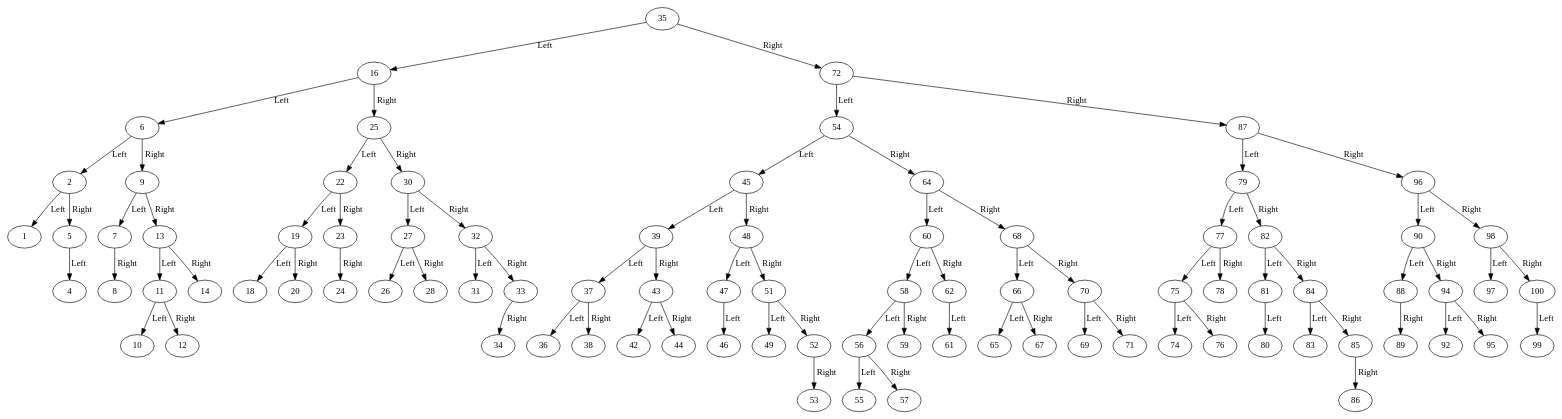
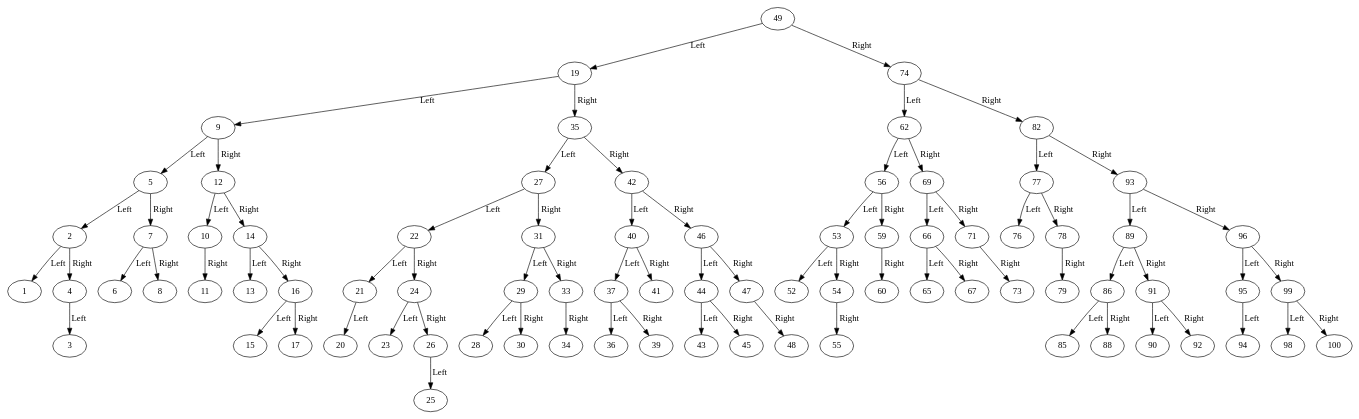
One commit to stephgrotewold/Parcial2ED changed the diagram in AVL-TREE.gv. Above: the diagram before and after it, drawn with Graphviz. The commit also changed 5 other files, not shown here.

```diff
--- a/AVL-TREE.gv
+++ b/AVL-TREE.gv
@@ -1,178 +1,162 @@
 // AVL Tree
 digraph {
-	35 [label=35]
-	35 -> 16 [label=Left]
-	16 [label=16]
-	16 -> 6 [label=Left]
-	6 [label=6]
-	6 -> 2 [label=Left]
+	49 [label=49]
+	49 -> 19 [label=Left]
+	19 [label=19]
+	19 -> 9 [label=Left]
+	9 [label=9]
+	9 -> 5 [label=Left]
+	5 [label=5]
+	5 -> 2 [label=Left]
 	2 [label=2]
 	2 -> 1 [label=Left]
 	1 [label=1]
-	2 -> 5 [label=Right]
-	5 [label=5]
-	5 -> 4 [label=Left]
+	2 -> 4 [label=Right]
 	4 [label=4]
-	6 -> 9 [label=Right]
-	9 [label=9]
-	9 -> 7 [label=Left]
+	4 -> 3 [label=Left]
+	3 [label=3]
+	5 -> 7 [label=Right]
 	7 [label=7]
+	7 -> 6 [label=Left]
+	6 [label=6]
 	7 -> 8 [label=Right]
 	8 [label=8]
-	9 -> 13 [label=Right]
+	9 -> 12 [label=Right]
+	12 [label=12]
+	12 -> 10 [label=Left]
+	10 [label=10]
+	10 -> 11 [label=Right]
+	11 [label=11]
+	12 -> 14 [label=Right]
+	14 [label=14]
+	14 -> 13 [label=Left]
 	13 [label=13]
-	13 -> 11 [label=Left]
-	11 [label=11]
-	11 -> 10 [label=Left]
-	10 [label=10]
-	11 -> 12 [label=Right]
-	12 [label=12]
-	13 -> 14 [label=Right]
-	14 [label=14]
-	16 -> 25 [label=Right]
+	14 -> 16 [label=Right]
+	16 [label=16]
+	16 -> 15 [label=Left]
+	15 [label=15]
+	16 -> 17 [label=Right]
+	17 [label=17]
+	19 -> 35 [label=Right]
+	35 [label=35]
+	35 -> 27 [label=Left]
+	27 [label=27]
+	27 -> 22 [label=Left]
+	22 [label=22]
+	22 -> 21 [label=Left]
+	21 [label=21]
+	21 -> 20 [label=Left]
+	20 [label=20]
+	22 -> 24 [label=Right]
+	24 [label=24]
+	24 -> 23 [label=Left]
+	23 [label=23]
+	24 -> 26 [label=Right]
+	26 [label=26]
+	26 -> 25 [label=Left]
 	25 [label=25]
-	25 -> 22 [label=Left]
-	22 [label=22]
-	22 -> 19 [label=Left]
-	19 [label=19]
-	19 -> 18 [label=Left]
-	18 [label=18]
-	19 -> 20 [label=Right]
-	20 [label=20]
-	22 -> 23 [label=Right]
-	23 [label=23]
-	23 -> 24 [label=Right]
-	24 [label=24]
-	25 -> 30 [label=Right]
+	27 -> 31 [label=Right]
+	31 [label=31]
+	31 -> 29 [label=Left]
+	29 [label=29]
+	29 -> 28 [label=Left]
+	28 [label=28]
+	29 -> 30 [label=Right]
 	30 [label=30]
-	30 -> 27 [label=Left]
-	27 [label=27]
-	27 -> 26 [label=Left]
-	26 [label=26]
-	27 -> 28 [label=Right]
-	28 [label=28]
-	30 -> 32 [label=Right]
-	32 [label=32]
-	32 -> 31 [label=Left]
-	31 [label=31]
-	32 -> 33 [label=Right]
+	31 -> 33 [label=Right]
 	33 [label=33]
 	33 -> 34 [label=Right]
 	34 [label=34]
-	35 -> 72 [label=Right]
-	72 [label=72]
-	72 -> 54 [label=Left]
-	54 [label=54]
-	54 -> 45 [label=Left]
-	45 [label=45]
-	45 -> 39 [label=Left]
-	39 [label=39]
-	39 -> 37 [label=Left]
+	35 -> 42 [label=Right]
+	42 [label=42]
+	42 -> 40 [label=Left]
+	40 [label=40]
+	40 -> 37 [label=Left]
 	37 [label=37]
 	37 -> 36 [label=Left]
 	36 [label=36]
-	37 -> 38 [label=Right]
-	38 [label=38]
-	39 -> 43 [label=Right]
+	37 -> 39 [label=Right]
+	39 [label=39]
+	40 -> 41 [label=Right]
+	41 [label=41]
+	42 -> 46 [label=Right]
+	46 [label=46]
+	46 -> 44 [label=Left]
+	44 [label=44]
+	44 -> 43 [label=Left]
 	43 [label=43]
-	43 -> 42 [label=Left]
-	42 [label=42]
-	43 -> 44 [label=Right]
-	44 [label=44]
-	45 -> 48 [label=Right]
+	44 -> 45 [label=Right]
+	45 [label=45]
+	46 -> 47 [label=Right]
+	47 [label=47]
+	47 -> 48 [label=Right]
 	48 [label=48]
-	48 -> 47 [label=Left]
-	47 [label=47]
-	47 -> 46 [label=Left]
-	46 [label=46]
-	48 -> 51 [label=Right]
-	51 [label=51]
-	51 -> 49 [label=Left]
-	49 [label=49]
-	51 -> 52 [label=Right]
+	49 -> 74 [label=Right]
+	74 [label=74]
+	74 -> 62 [label=Left]
+	62 [label=62]
+	62 -> 56 [label=Left]
+	56 [label=56]
+	56 -> 53 [label=Left]
+	53 [label=53]
+	53 -> 52 [label=Left]
 	52 [label=52]
-	52 -> 53 [label=Right]
-	53 [label=53]
-	54 -> 64 [label=Right]
-	64 [label=64]
-	64 -> 60 [label=Left]
+	53 -> 54 [label=Right]
+	54 [label=54]
+	54 -> 55 [label=Right]
+	55 [label=55]
+	56 -> 59 [label=Right]
+	59 [label=59]
+	59 -> 60 [label=Right]
 	60 [label=60]
-	60 -> 58 [label=Left]
-	58 [label=58]
-	58 -> 56 [label=Left]
-	56 [label=56]
-	56 -> 55 [label=Left]
-	55 [label=55]
-	56 -> 57 [label=Right]
-	57 [label=57]
-	58 -> 59 [label=Right]
-	59 [label=59]
-	60 -> 62 [label=Right]
-	62 [label=62]
-	62 -> 61 [label=Left]
-	61 [label=61]
-	64 -> 68 [label=Right]
-	68 [label=68]
-	68 -> 66 [label=Left]
+	62 -> 69 [label=Right]
+	69 [label=69]
+	69 -> 66 [label=Left]
 	66 [label=66]
 	66 -> 65 [label=Left]
 	65 [label=65]
 	66 -> 67 [label=Right]
 	67 [label=67]
-	68 -> 70 [label=Right]
-	70 [label=70]
-	70 -> 69 [label=Left]
-	69 [label=69]
-	70 -> 71 [label=Right]
+	69 -> 71 [label=Right]
 	71 [label=71]
-	72 -> 87 [label=Right]
-	87 [label=87]
-	87 -> 79 [label=Left]
-	79 [label=79]
-	79 -> 77 [label=Left]
+	71 -> 73 [label=Right]
+	73 [label=73]
+	74 -> 82 [label=Right]
+	82 [label=82]
+	82 -> 77 [label=Left]
 	77 [label=77]
-	77 -> 75 [label=Left]
-	75 [label=75]
-	75 -> 74 [label=Left]
-	74 [label=74]
-	75 -> 76 [label=Right]
+	77 -> 76 [label=Left]
 	76 [label=76]
 	77 -> 78 [label=Right]
 	78 [label=78]
-	79 -> 82 [label=Right]
-	82 [label=82]
-	82 -> 81 [label=Left]
-	81 [label=81]
-	81 -> 80 [label=Left]
-	80 [label=80]
-	82 -> 84 [label=Right]
-	84 [label=84]
-	84 -> 83 [label=Left]
-	83 [label=83]
-	84 -> 85 [label=Right]
+	78 -> 79 [label=Right]
+	79 [label=79]
+	82 -> 93 [label=Right]
+	93 [label=93]
+	93 -> 89 [label=Left]
+	89 [label=89]
+	89 -> 86 [label=Left]
+	86 [label=86]
+	86 -> 85 [label=Left]
 	85 [label=85]
-	85 -> 86 [label=Right]
-	86 [label=86]
-	87 -> 96 [label=Right]
+	86 -> 88 [label=Right]
+	88 [label=88]
+	89 -> 91 [label=Right]
+	91 [label=91]
+	91 -> 90 [label=Left]
+	90 [label=90]
+	91 -> 92 [label=Right]
+	92 [label=92]
+	93 -> 96 [label=Right]
 	96 [label=96]
-	96 -> 90 [label=Left]
-	90 [label=90]
-	90 -> 88 [label=Left]
-	88 [label=88]
-	88 -> 89 [label=Right]
-	89 [label=89]
-	90 -> 94 [label=Right]
+	96 -> 95 [label=Left]
+	95 [label=95]
+	95 -> 94 [label=Left]
 	94 [label=94]
-	94 -> 92 [label=Left]
-	92 [label=92]
-	94 -> 95 [label=Right]
-	95 [label=95]
-	96 -> 98 [label=Right]
+	96 -> 99 [label=Right]
+	99 [label=99]
+	99 -> 98 [label=Left]
 	98 [label=98]
-	98 -> 97 [label=Left]
-	97 [label=97]
-	98 -> 100 [label=Right]
+	99 -> 100 [label=Right]
 	100 [label=100]
-	100 -> 99 [label=Left]
-	99 [label=99]
 }
```
